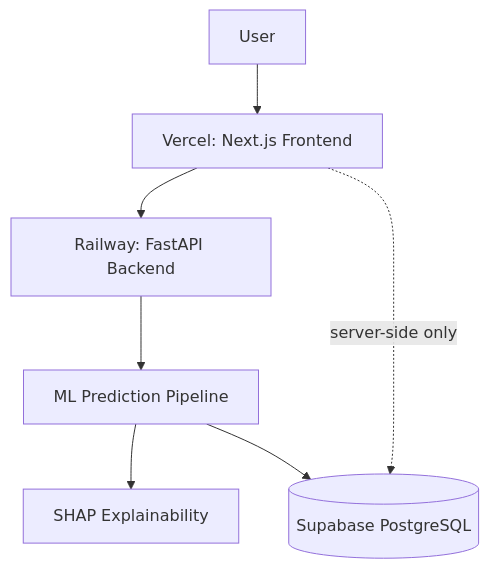
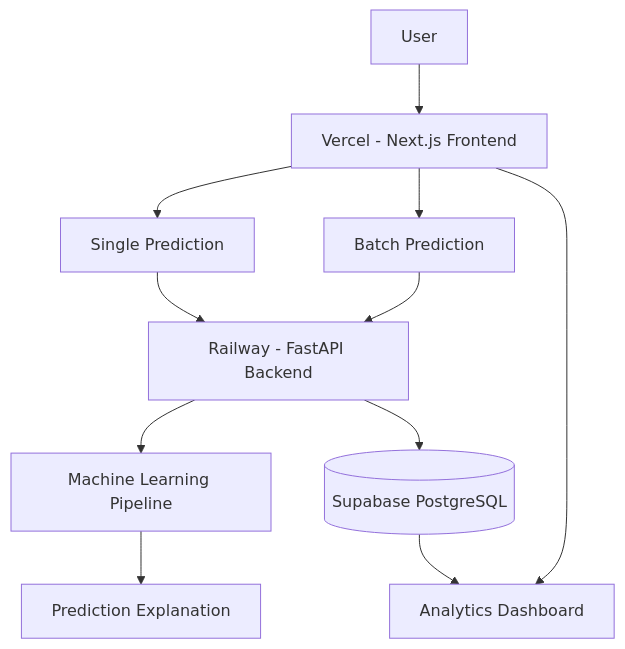
One commit to the-nishi/customer-churn-ml-platform changed the diagram in README.md. Above: the diagram before and after it, drawn with Mermaid. The commit also changed other lines of this file, not shown here.

````diff
--- a/README.md
+++ b/README.md
@@ -37,9 +77,18 @@
 ```mermaid
 flowchart TD
-    U[User] --> V[Vercel: Next.js Frontend]
-    V --> R[Railway: FastAPI Backend]
-    R --> M[ML Prediction Pipeline]
-    M --> S[SHAP Explainability]
-    M --> D[(Supabase PostgreSQL)]
-    V -.server-side only.-> D
+    U[User] --> F[Vercel - Next.js Frontend]
+
+    F --> P[Single Prediction]
+    F --> B[Batch Prediction]
+    F --> A[Analytics Dashboard]
+
+    P --> API[Railway - FastAPI Backend]
+    B --> API
+
+    API --> ML[Machine Learning Pipeline]
+    ML --> XAI[Prediction Explanation]
+
+    API --> DB[(Supabase PostgreSQL)]
+
+    DB --> A
 ```
````
